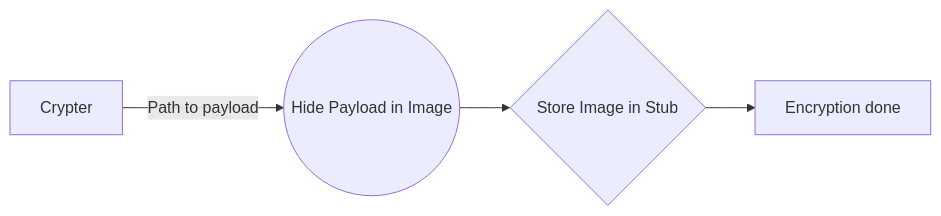
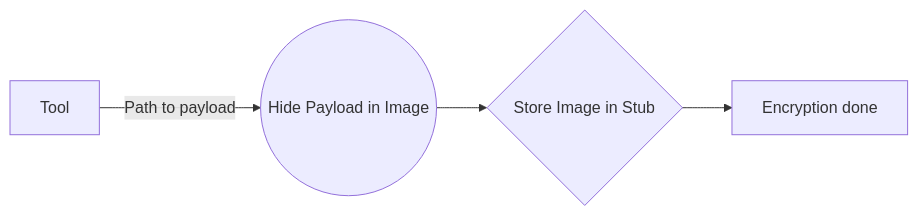
The diagram in README.md (clusterzx/StegaCrypt), drawn with Mermaid before and after one commit. The commit also changed other lines of this file, not shown here.

````diff
--- a/README.md
+++ b/README.md
@@ -28,6 +28,6 @@
 ```mermaid
 graph LR
-A[Crypter] -- Path to payload --> B((Hide Payload in Image))
+A[Tool] -- Path to payload --> B((Hide Payload in Image))
 B --> C{Store Image in Stub}
 C --> D[Encryption done]
 ```
````
